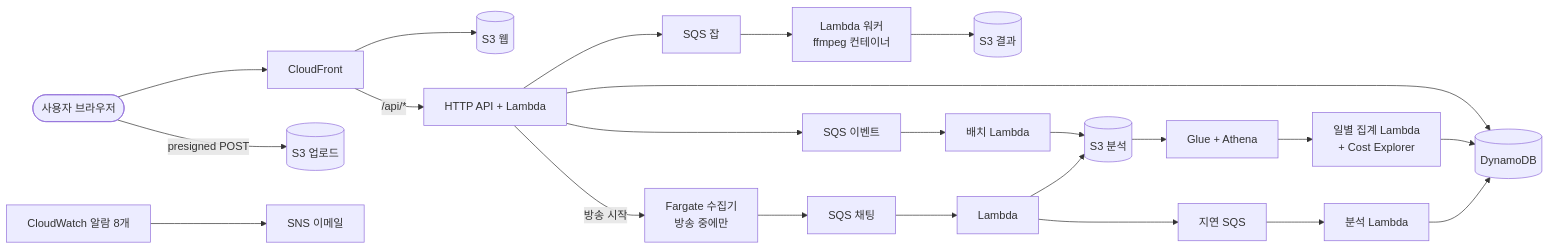
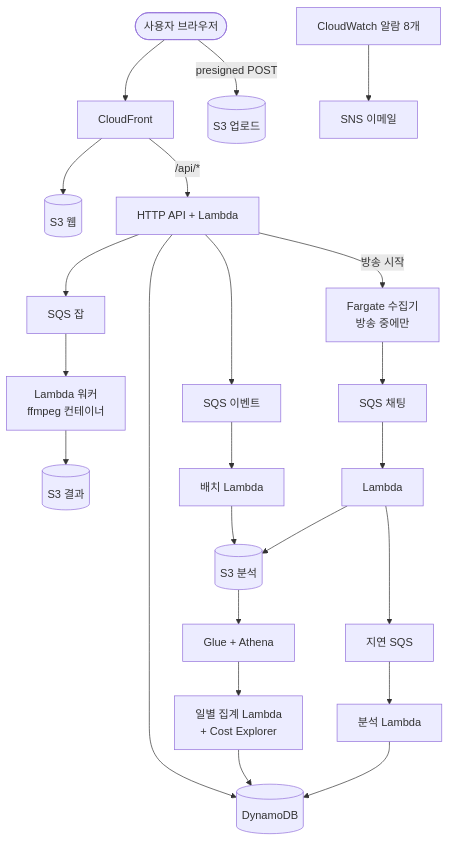
The diagram in README.md (Altlog214608/fitcut), drawn with Mermaid before and after one commit.

Commit message:
docs: README 구성도를 세로 방향으로 (글자가 작게 보이던 문제)

````diff
--- a/README.md
+++ b/README.md
@@ -43,15 +43,15 @@
 ```mermaid
-flowchart LR
+flowchart TB
   user([사용자 브라우저]) --> cf[CloudFront]
   cf --> web[(S3 웹)]
   cf -- /api/* --> api[HTTP API + Lambda]
   api --> ddb[(DynamoDB)]
   user -- presigned POST --> up[(S3 업로드)]
   api --> q[SQS 잡] --> worker[Lambda 워커<br/>ffmpeg 컨테이너] --> out[(S3 결과)]
   api --> eq[SQS 이벤트] --> batch[배치 Lambda] --> lake[(S3 분석)]
   lake --> athena[Glue + Athena] --> agg[일별 집계 Lambda<br/>+ Cost Explorer]
   agg --> ddb
   api -- 방송 시작 --> col[Fargate 수집기<br/>방송 중에만] --> cq[SQS 채팅] --> sink[Lambda] --> lake
   sink --> aq[지연 SQS] --> ana[분석 Lambda] --> ddb
   cw[CloudWatch 알람 8개] --> sns[SNS 이메일]
 ```
````
